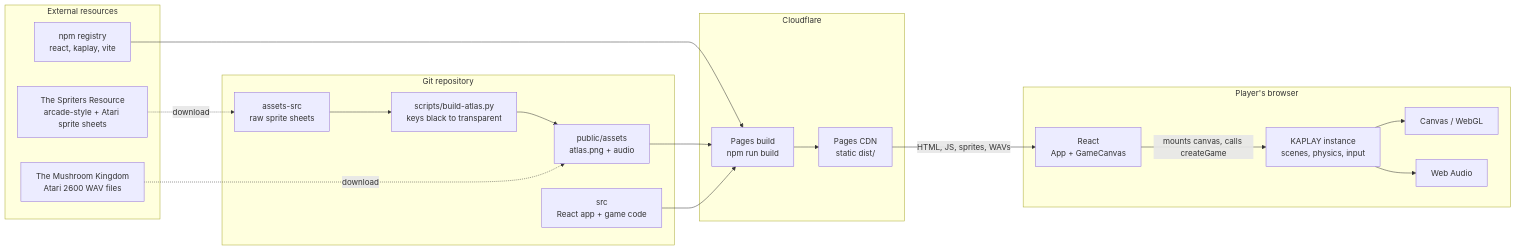
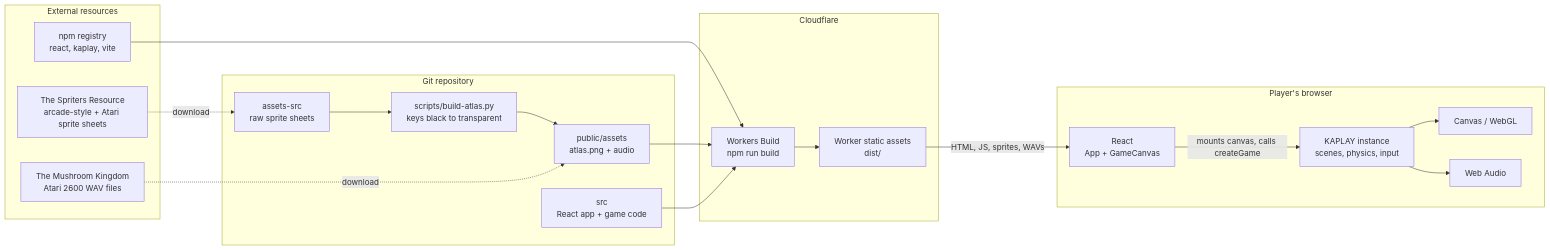
The first of 2 diagrams in README.md (StephanieF/DonkeyKong), drawn with Mermaid before and after one commit. The commit also changed other lines of this file and 2 other files, not shown here.

````diff
--- a/README.md
+++ b/README.md
@@ -33,40 +33,40 @@
 ```mermaid
 graph LR
   subgraph External["External resources"]
     SR["The Spriters Resource<br/>arcade-style + Atari sprite sheets"]
     TMK["The Mushroom Kingdom<br/>Atari 2600 WAV files"]
     NPM["npm registry<br/>react, kaplay, vite"]
   end
 
   subgraph Repo["Git repository"]
     RAW["assets-src<br/>raw sprite sheets"]
     KEY["scripts/build-atlas.py<br/>keys black to transparent"]
     ASSETS["public/assets<br/>atlas.png + audio"]
     SRC["src<br/>React app + game code"]
   end
 
   subgraph CF["Cloudflare"]
-    BUILD["Pages build<br/>npm run build"]
-    CDN["Pages CDN<br/>static dist/"]
+    BUILD["Workers Build<br/>npm run build"]
+    CDN["Worker static assets<br/>dist/"]
   end
 
   subgraph Browser["Player's browser"]
     REACT["React<br/>App + GameCanvas"]
     KAPLAY["KAPLAY instance<br/>scenes, physics, input"]
     CANVAS["Canvas / WebGL"]
     WA["Web Audio"]
   end
 
   SR -. "download" .-> RAW
   RAW --> KEY
   KEY --> ASSETS
   TMK -. "download" .-> ASSETS
   NPM --> BUILD
   ASSETS --> BUILD
   SRC --> BUILD
   BUILD --> CDN
   CDN -->|"HTML, JS, sprites, WAVs"| REACT
   REACT -->|"mounts canvas, calls createGame"| KAPLAY
   KAPLAY --> CANVAS
   KAPLAY --> WA
 ```
````
